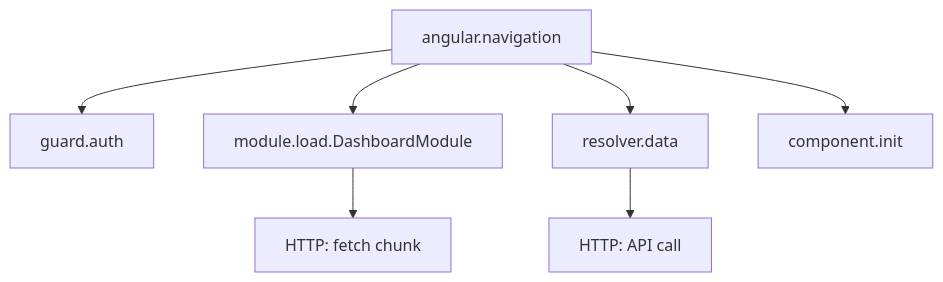
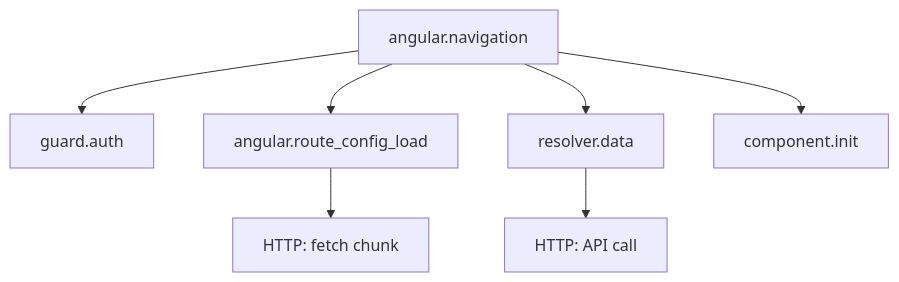
The diagram in posts/2026-02-06-trace-angular-route-navigation-lazy-loading-opentelemetry/README.md (OneUptime/blog), drawn with Mermaid before and after one commit. The commit also changed other lines of this file and 2 other files, not shown here.

Commit message:
validate: 2026-02-06-trace-angular-route-navigation-lazy-loading-opentelemetry

````diff
--- a/posts/2026-02-06-trace-angular-route-navigation-lazy-loading-opentelemetry/README.md
+++ b/posts/2026-02-06-trace-angular-route-navigation-lazy-loading-opentelemetry/README.md
@@ -377,9 +380,9 @@
 ```mermaid
 graph TD
     A[angular.navigation] --> B[guard.auth]
-    A --> C[module.load.DashboardModule]
+    A --> C[angular.route_config_load]
     C --> D[HTTP: fetch chunk]
     A --> E[resolver.data]
     E --> F[HTTP: API call]
     A --> G[component.init]
 ```
````
